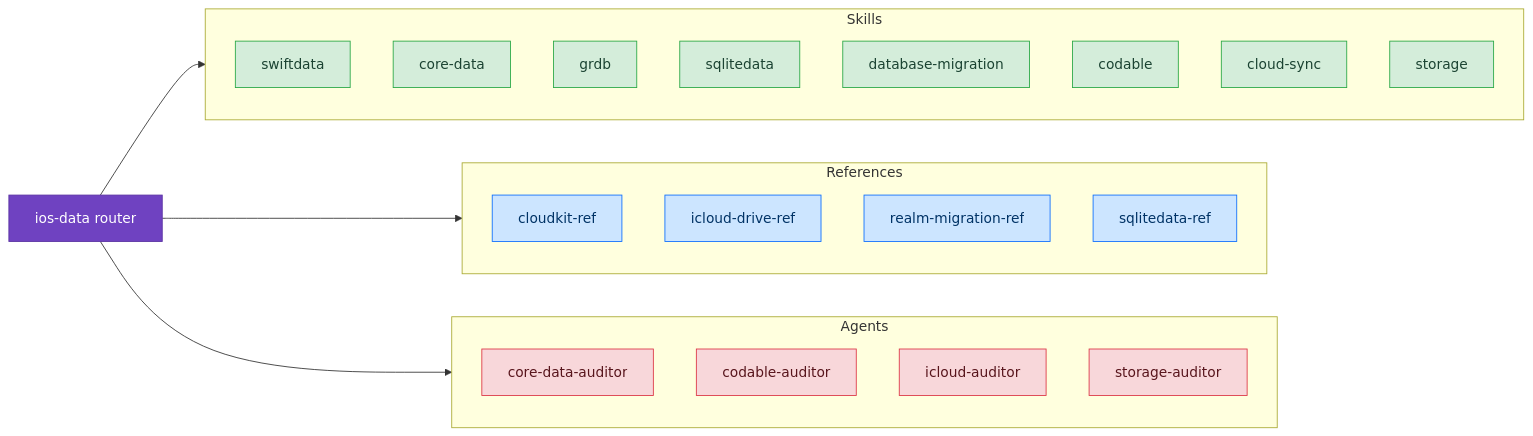
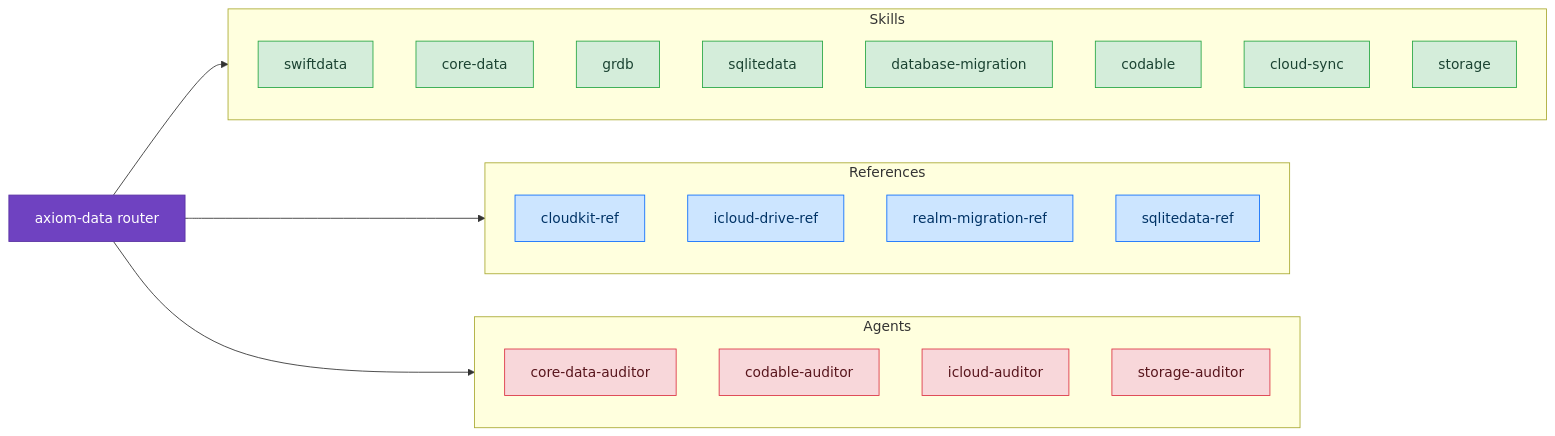
The diagram in docs/skills/persistence/index.md (CharlesWiltgen/Axiom), drawn with Mermaid before and after one commit. The commit also changed 11 other files, not shown here.

First line of the commit message:
fix(docs): replace all stale ios-* references with axiom-* names

````diff
--- a/docs/skills/persistence/index.md
+++ b/docs/skills/persistence/index.md
@@ -5,38 +5,38 @@
 ```mermaid
 flowchart LR
     classDef router fill:#6f42c1,stroke:#5a32a3,color:#fff
     classDef discipline fill:#d4edda,stroke:#28a745,color:#1b4332
     classDef reference fill:#cce5ff,stroke:#0d6efd,color:#003366
     classDef diagnostic fill:#fff3cd,stroke:#ffc107,color:#664d03
     classDef agent fill:#f8d7da,stroke:#dc3545,color:#58151c
 
-    axiom_ios_data["ios-data router"]:::router
+    axiom_data["axiom-data router"]:::router
 
     subgraph skills_d["Skills"]
         swiftdata["swiftdata"]:::discipline
         core_data["core-data"]:::discipline
         grdb["grdb"]:::discipline
         sqlitedata["sqlitedata"]:::discipline
         database_migration["database-migration"]:::discipline
         codable["codable"]:::discipline
         cloud_sync["cloud-sync"]:::discipline
         storage["storage"]:::discipline
     end
-    axiom_ios_data --> skills_d
+    axiom_data --> skills_d
 
     subgraph skills_r["References"]
         cloudkit_ref["cloudkit-ref"]:::reference
         icloud_drive_ref["icloud-drive-ref"]:::reference
         realm_migration_ref["realm-migration-ref"]:::reference
         sqlitedata_ref["sqlitedata-ref"]:::reference
     end
-    axiom_ios_data --> skills_r
+    axiom_data --> skills_r
 
     subgraph agents_sg["Agents"]
         agent_cda["core-data-auditor"]:::agent
         agent_cod["codable-auditor"]:::agent
         agent_ic["icloud-auditor"]:::agent
         agent_sa["storage-auditor"]:::agent
     end
-    axiom_ios_data --> agents_sg
+    axiom_data --> agents_sg
 ```
````
